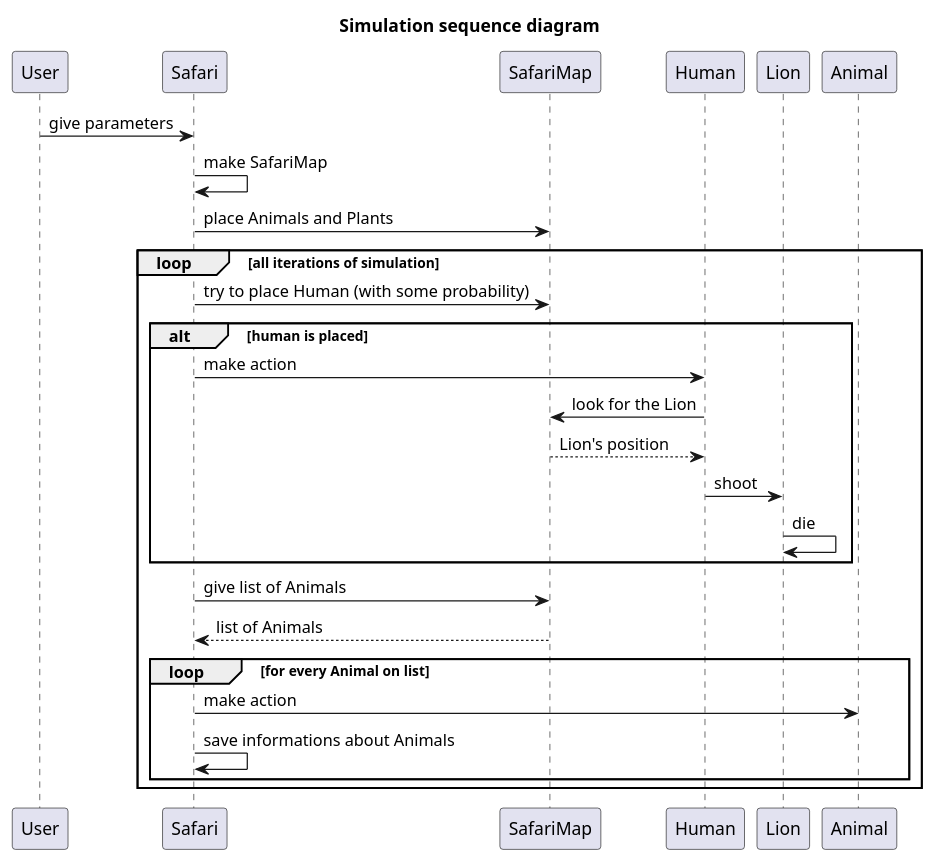
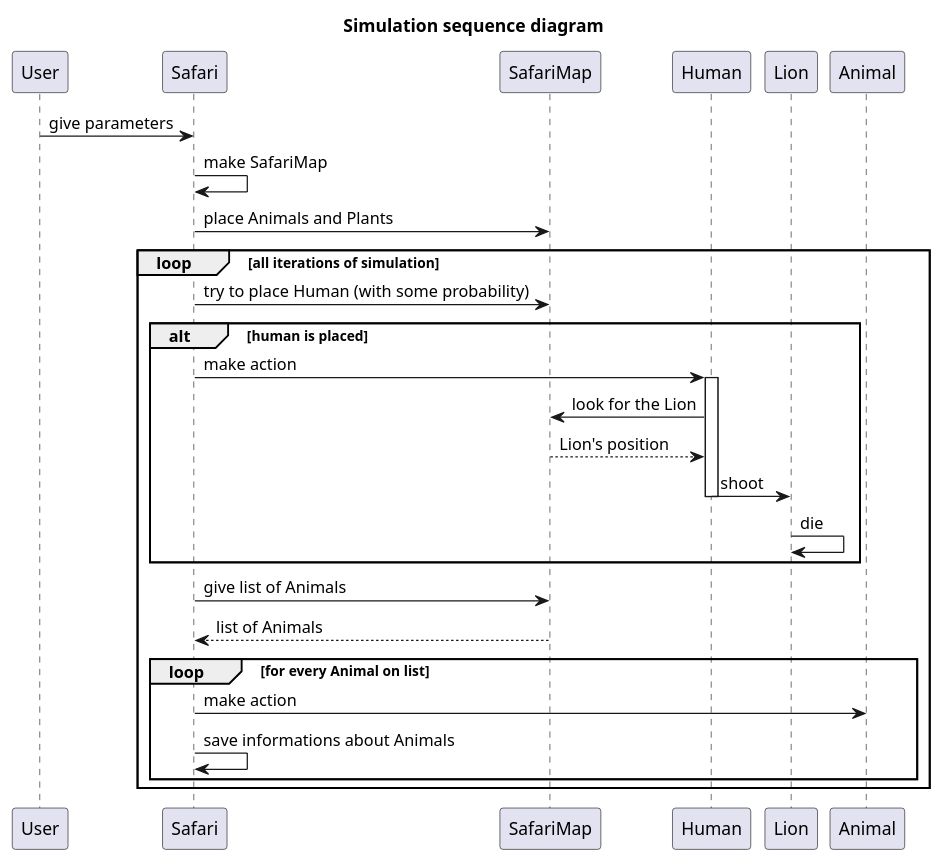
Before and after one commit to Karolina606/Safari: the diagram in src/main/sequenceDiagram.puml, drawn with PlantUML. The commit also changed 2 other files, not shown here.

Commit message:
correct sequence diagrams

```diff
--- a/src/main/sequenceDiagram.puml
+++ b/src/main/sequenceDiagram.puml
@@ -1,22 +1,24 @@
 @startuml
 title Simulation sequence diagram
 User -> Safari: give parameters
 Safari -> Safari: make SafariMap
 Safari -> SafariMap: place Animals and Plants
 loop all iterations of simulation
    Safari -> SafariMap: try to place Human (with some probability)
    alt human is placed
         Safari -> Human: make action
+        activate Human
         Human -> SafariMap: look for the Lion
         SafariMap --> Human: Lion's position
         Human -> Lion: shoot
+        deactivate Human
         Lion -> Lion: die
    end
    Safari -> SafariMap: give list of Animals
    SafariMap --> Safari: list of Animals
    loop for every Animal on list
        Safari -> Animal: make action
        Safari -> Safari: save informations about Animals
    end
 end
 @enduml
```
